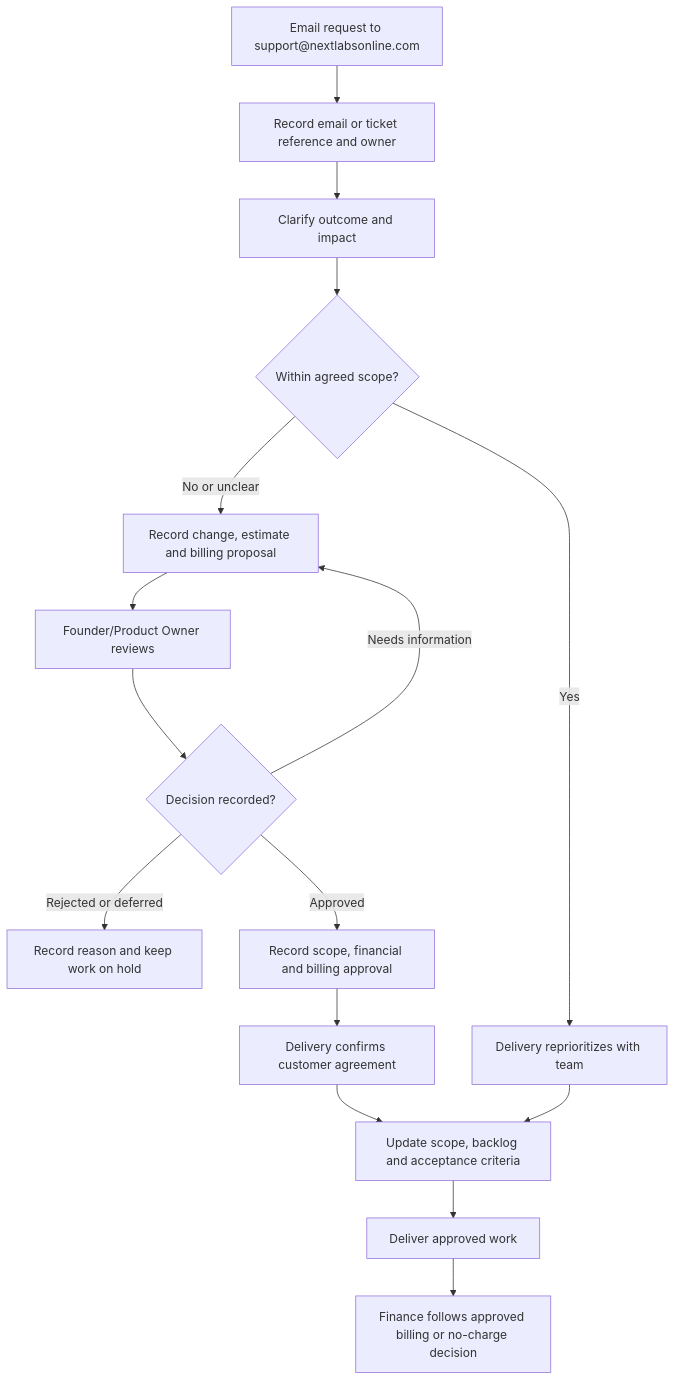
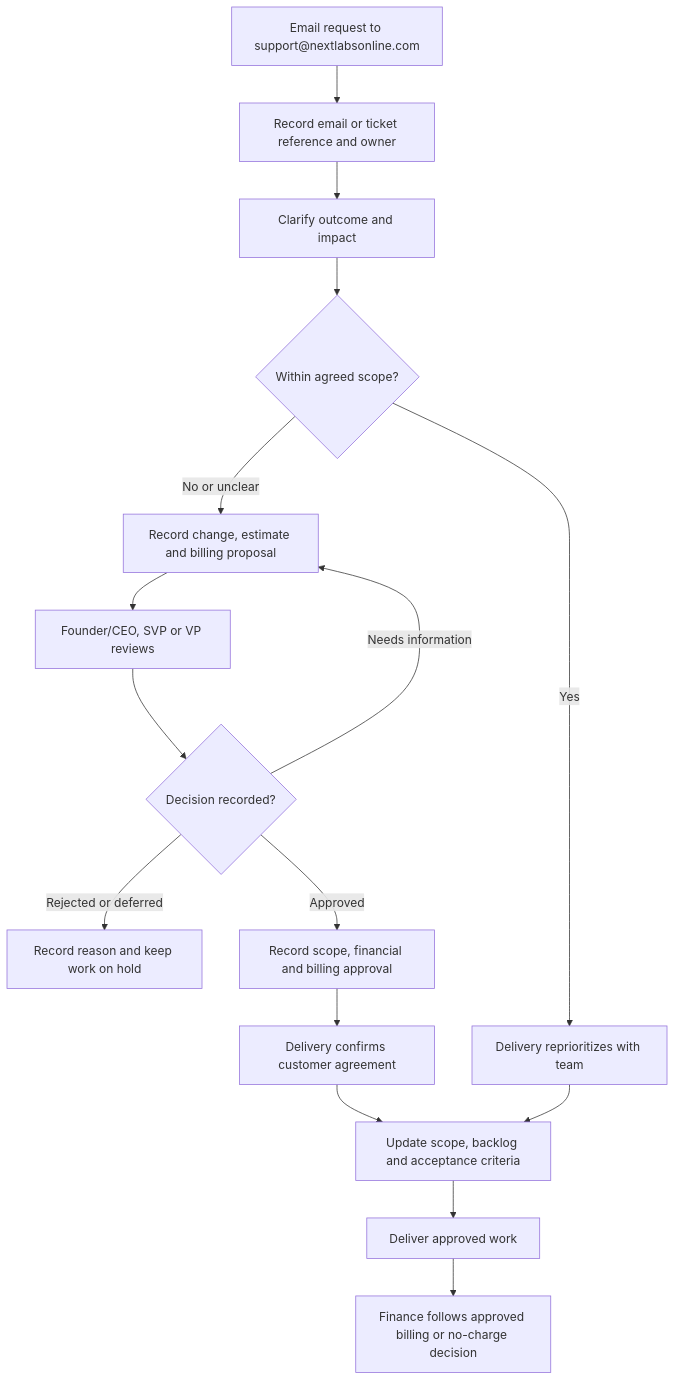
Before and after one commit to NextEdgelabs/nextedge-docs: the diagram in company/ways-of-working.mdx, drawn with Mermaid. The commit also changed other lines of this file and 16 other files, not shown here.

````diff
--- a/company/ways-of-working.mdx
+++ b/company/ways-of-working.mdx
@@ -40,18 +42,18 @@
 ```mermaid
 flowchart TB
   A["Email request to support@nextlabsonline.com"] --> R["Record email or ticket reference and owner"]
   R --> B["Clarify outcome and impact"]
   B --> C{"Within agreed scope?"}
   C -->|Yes| D["Delivery reprioritizes with team"]
   C -->|No or unclear| E["Record change, estimate and billing proposal"]
-  E --> F["Founder/Product Owner reviews"]
+  E --> F["Founder/CEO, SVP or VP reviews"]
   F --> G{"Decision recorded?"}
   G -->|Needs information| E
   G -->|Rejected or deferred| H["Record reason and keep work on hold"]
   G -->|Approved| I["Record scope, financial and billing approval"]
   I --> J["Delivery confirms customer agreement"]
   J --> K["Update scope, backlog and acceptance criteria"]
   D --> K
   K --> L["Deliver approved work"]
   L --> M["Finance follows approved billing or no-charge decision"]
 ```
````
